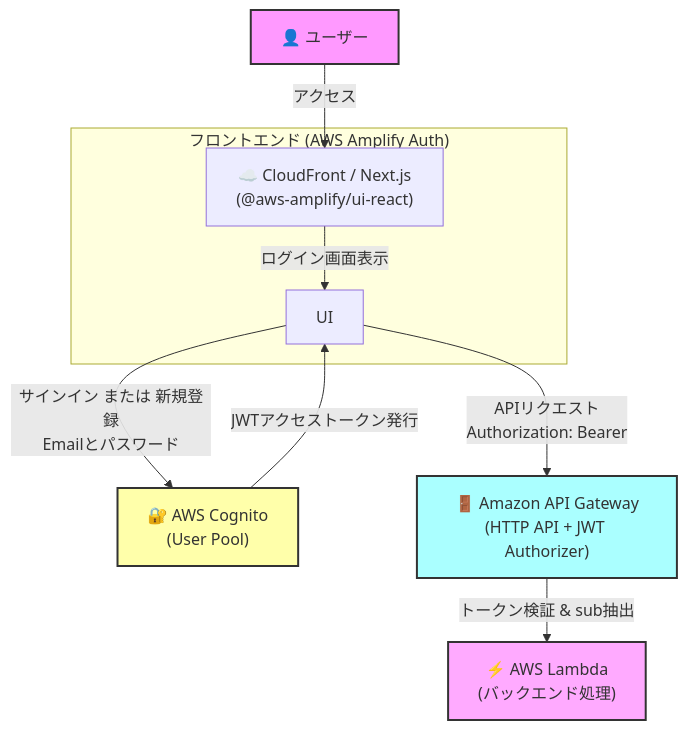
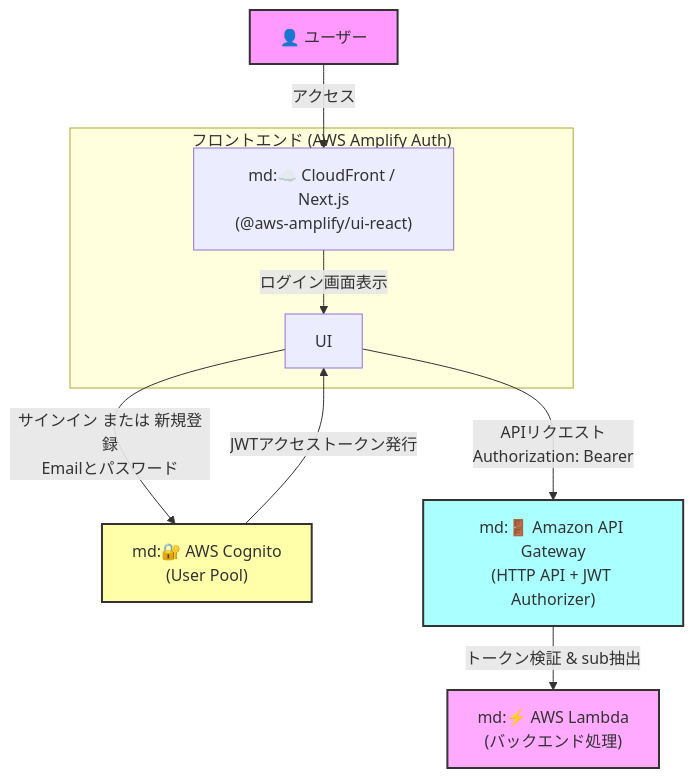
The diagram in README.md (kmemn46/kuso-account-ai), drawn with Mermaid before and after one commit.

Commit message:
README修正

````diff
--- a/README.md
+++ b/README.md
@@ -46,32 +46,32 @@
 ```mermaid
 %%{init: {
   "flowchart": { 
     "nodeSpacing": 30, 
     "rankSpacing": 40,
     "padding": 15
   },
   "theme": "default"
 }}%%
 graph TD
     %% ユーザーとフロントエンド
-    User["👤 ユーザー"] -->|アクセス| CF["☁️ CloudFront / Next.js<br/>(@aws-amplify/ui-react)"]
+    User["👤 ユーザー"] -->|アクセス| CF["md:☁️ CloudFront / Next.js<br/>(@aws-amplify/ui-react)"]
     
     subgraph Frontend ["フロントエンド (AWS Amplify Auth)"]
         CF -->|ログイン画面表示| UI["<Authenticator> UI"]
     end
 
     %% 認証フェーズ
-    UI -->|サインイン または 新規登録<br/>Emailとパスワード| Cognito["🔐 AWS Cognito<br/>(User Pool)"]
+    UI -->|サインイン または 新規登録<br/>Emailとパスワード| Cognito["md:🔐 AWS Cognito<br/>(User Pool)"]
     Cognito -->|JWTアクセストークン発行| UI
 
     %% APIリクエストフェーズ
-    UI -->|APIリクエスト<br/>Authorization: Bearer <JWT>| APIGW["🚪 Amazon API Gateway<br/>(HTTP API + JWT Authorizer)"]
+    UI -->|APIリクエスト<br/>Authorization: Bearer <JWT>| APIGW["md:🚪 Amazon API Gateway<br/>(HTTP API + JWT Authorizer)"]
     
     %% 認可・バックエンドフェーズ
-    APIGW -->|トークン検証 & sub抽出| Lambda["⚡️ AWS Lambda<br/>(バックエンド処理)"]
+    APIGW -->|トークン検証 & sub抽出| Lambda["md:⚡️ AWS Lambda<br/>(バックエンド処理)"]
 
     style User fill:#f9f,stroke:#333,stroke-width:2px
     style Cognito fill:#ffa,stroke:#333,stroke-width:2px
     style APIGW fill:#aff,stroke:#333,stroke-width:2px
     style Lambda fill:#faf,stroke:#333,stroke-width:2px
 ```
````
